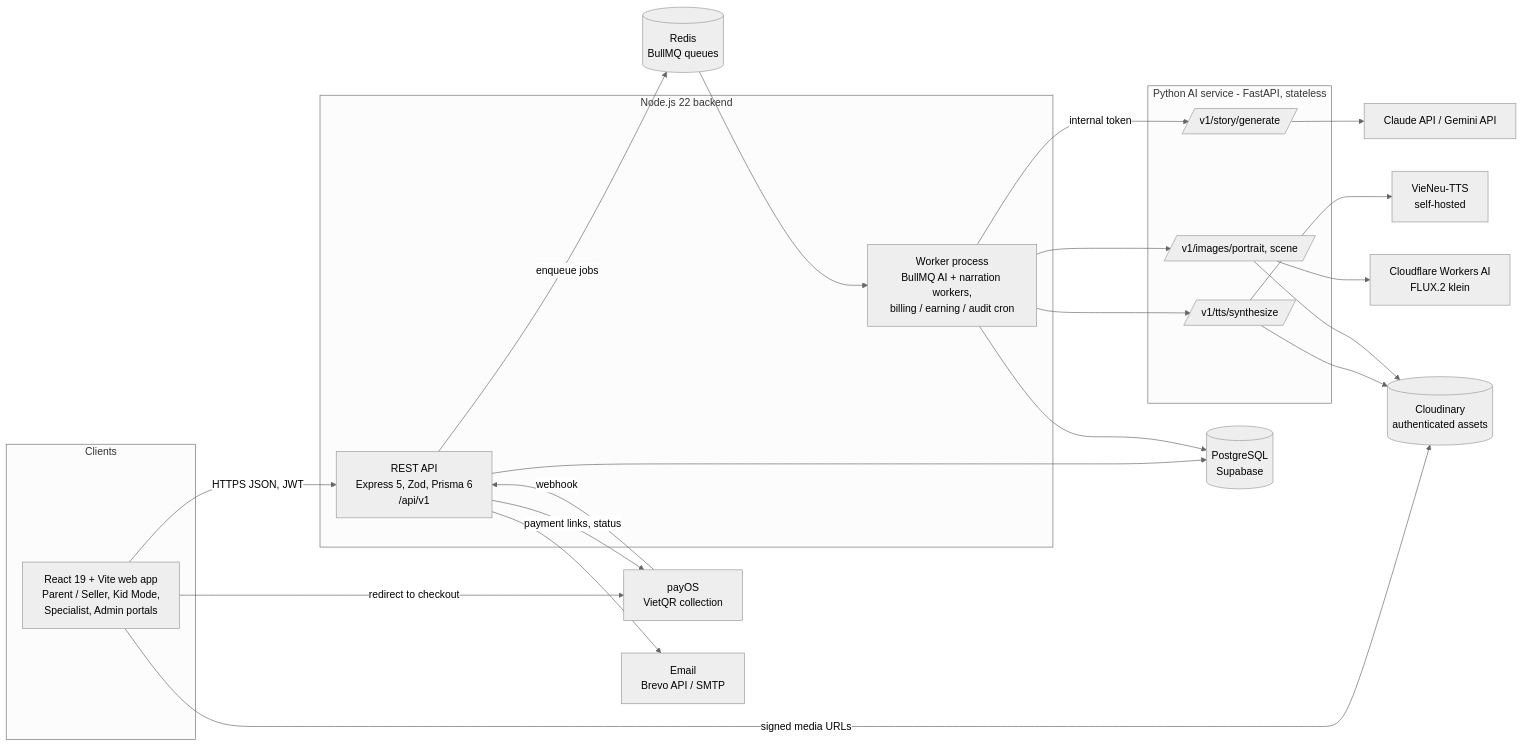
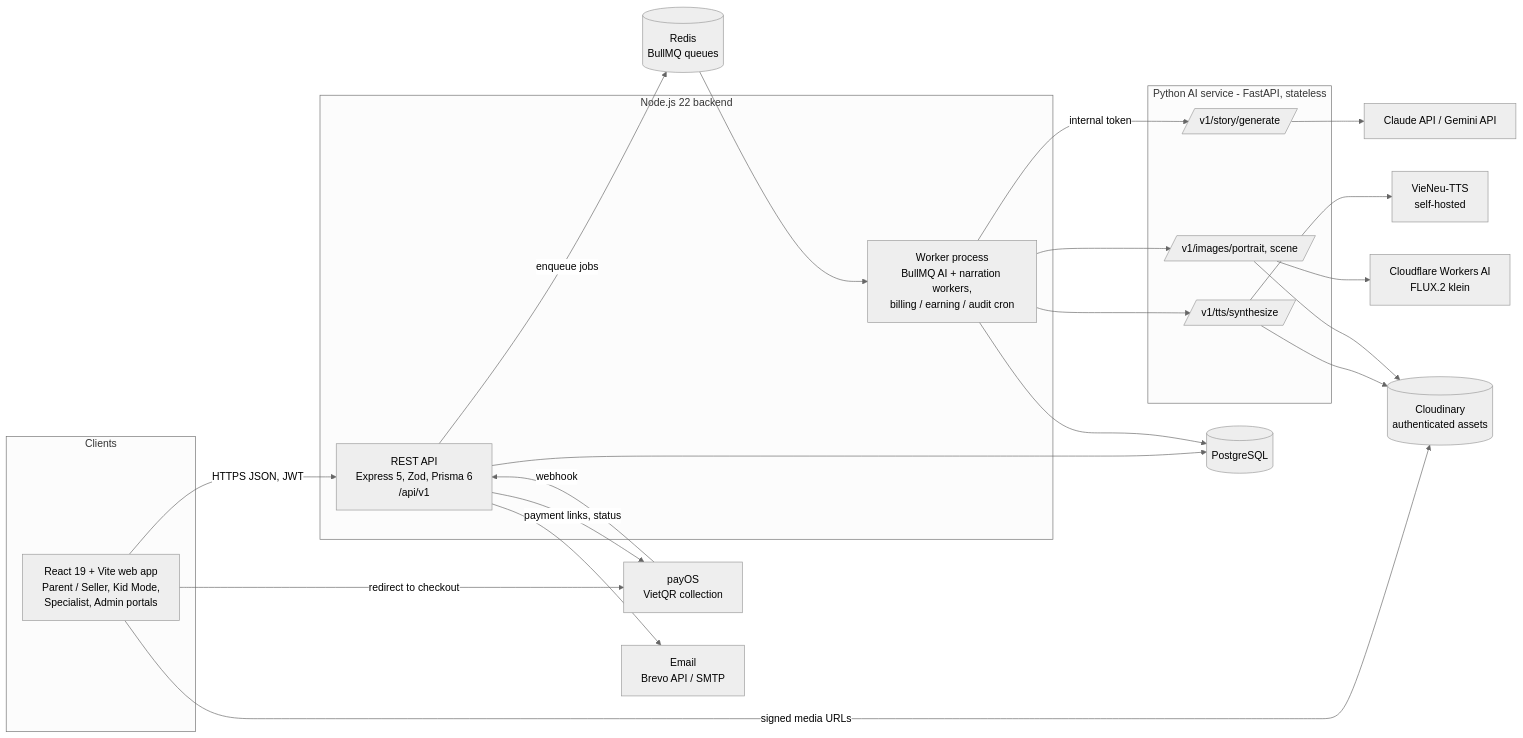
Before and after one commit to SEP490-GFA26SE186/BE: the diagram in docs/diagrams/sdd/1.1-architecture.mmd, drawn with Mermaid. The commit also changed 35 other files, not shown here.

```diff
--- a/docs/diagrams/sdd/1.1-architecture.mmd
+++ b/docs/diagrams/sdd/1.1-architecture.mmd
@@ -1,40 +1,40 @@
 %%{init: {"theme": "neutral", "themeVariables": {"fontFamily": "Arial"}}}%%
 flowchart LR
   subgraph Clients
     WEB[React 19 + Vite web app<br/>Parent / Seller, Kid Mode,<br/>Specialist, Admin portals]
   end
   subgraph Backend [Node.js 22 backend]
     API[REST API<br/>Express 5, Zod, Prisma 6<br/>/api/v1]
     WK[Worker process<br/>BullMQ AI + narration workers,<br/>billing / earning / audit cron]
   end
   REDIS[(Redis<br/>BullMQ queues)]
-  DB[(PostgreSQL<br/>Supabase)]
+  DB[(PostgreSQL)]
   subgraph AISvc [Python AI service - FastAPI, stateless]
     STORY[/v1/story/generate/]
     TTS[/v1/tts/synthesize/]
     IMG[/v1/images/portrait, scene/]
   end
   LLM[Claude API / Gemini API]
   VN[VieNeu-TTS<br/>self-hosted]
   CF[Cloudflare Workers AI<br/>FLUX.2 klein]
   CLD[(Cloudinary<br/>authenticated assets)]
   PAY[payOS<br/>VietQR collection]
   MAIL[Email<br/>Brevo API / SMTP]
   WEB -->|HTTPS JSON, JWT| API
   WEB -->|signed media URLs| CLD
   WEB -->|redirect to checkout| PAY
   API --> DB
   API -->|enqueue jobs| REDIS
   REDIS --> WK
   WK --> DB
   WK -->|internal token| STORY
   WK --> TTS
   WK --> IMG
   STORY --> LLM
   TTS --> VN
   IMG --> CF
   TTS --> CLD
   IMG --> CLD
   API -->|payment links, status| PAY
   PAY -->|webhook| API
   API --> MAIL
```
